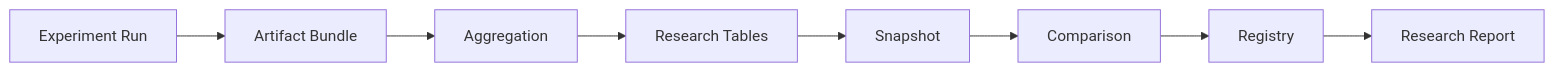
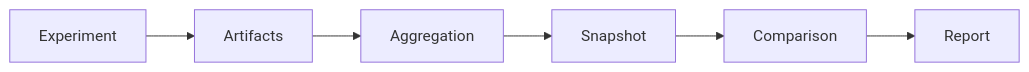
One commit to leozzmc/AetherNet changed the third of 3 diagrams in README.md. Above: the diagram before and after it, drawn with Mermaid. The commit also changed other lines of this file and 6 other files, not shown here.

````diff
--- a/README.md
+++ b/README.md
@@ -394,19 +277,11 @@
 ```mermaid
 flowchart LR
-    EXP[Experiment Run]
-    ART[Artifact Bundle]
+    EXP[Experiment]
+    ART[Artifacts]
     AGG[Aggregation]
-    TAB[Research Tables]
     SNAP[Snapshot]
     COMP[Comparison]
-    REG[Registry]
-    REP[Research Report]
+    REP[Report]
 
-    EXP --> ART
-    ART --> AGG
-    AGG --> TAB
-    TAB --> SNAP
-    SNAP --> COMP
-    COMP --> REG
-    REG --> REP
+    EXP --> ART --> AGG --> SNAP --> COMP --> REP
 ```
````
